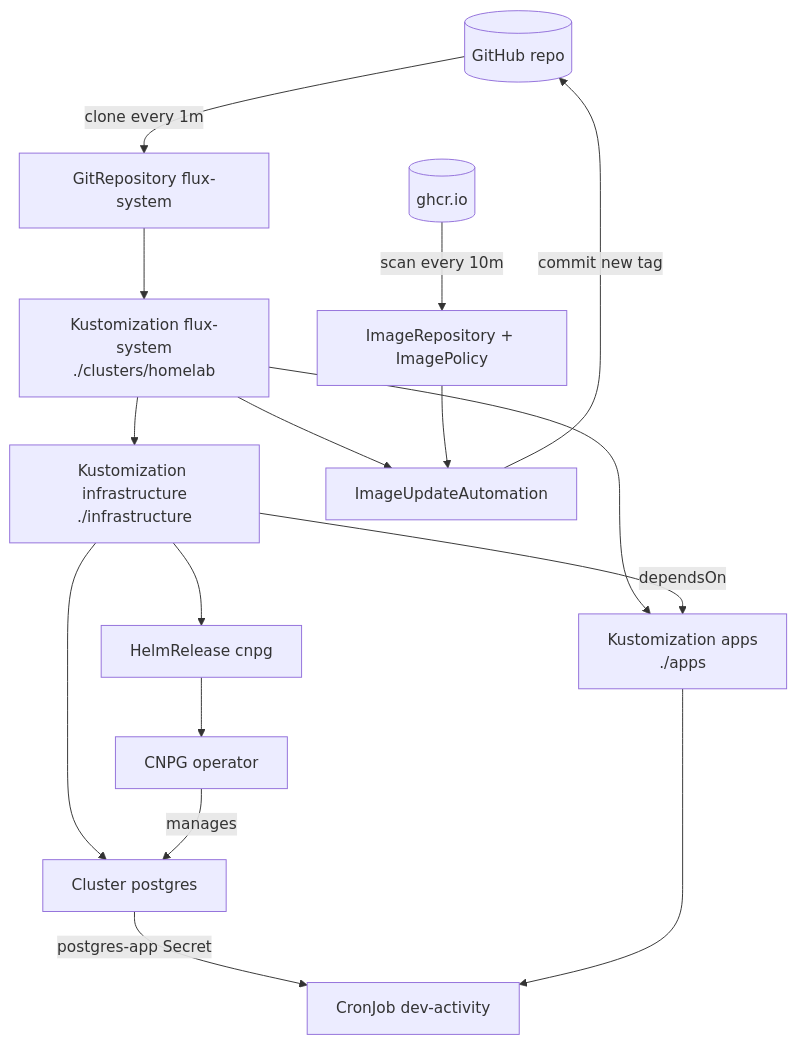
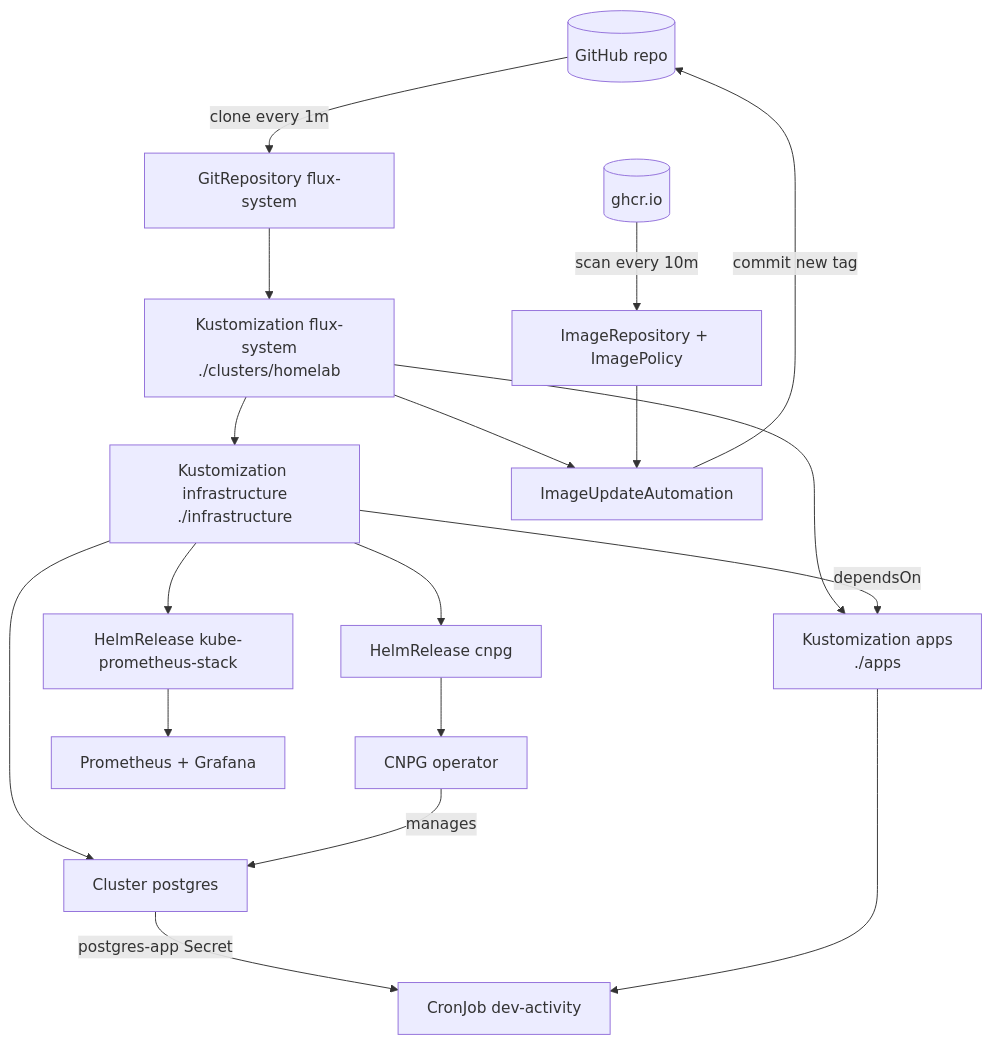
The diagram in README.md (AshBuk/homelab), drawn with Mermaid before and after one commit. The commit also changed other lines of this file, not shown here.

Commit message:
readme: add monitoring stack

````diff
--- a/README.md
+++ b/README.md
@@ -42,17 +46,18 @@
 ```mermaid
 flowchart TD
     Git[(GitHub repo)] -->|clone every 1m| GR[GitRepository flux-system]
     GR --> Root[Kustomization flux-system<br/>./clusters/homelab]
     Root --> Infra[Kustomization infrastructure<br/>./infrastructure]
     Root --> Apps[Kustomization apps<br/>./apps]
     Root --> IUA[ImageUpdateAutomation]
     Infra -->|dependsOn| Apps
     Infra --> HR[HelmRelease cnpg] --> Operator[CNPG operator]
+    Infra --> HRM[HelmRelease kube-prometheus-stack] --> Mon[Prometheus + Grafana]
     Infra --> PG[Cluster postgres]
     Operator -->|manages| PG
     PG -->|postgres-app Secret| CJ[CronJob dev-activity]
     Apps --> CJ
     GHCR[(ghcr.io)] -->|scan every 10m| IP[ImageRepository + ImagePolicy]
     IP --> IUA
     IUA -->|commit new tag| Git
 ```
````
